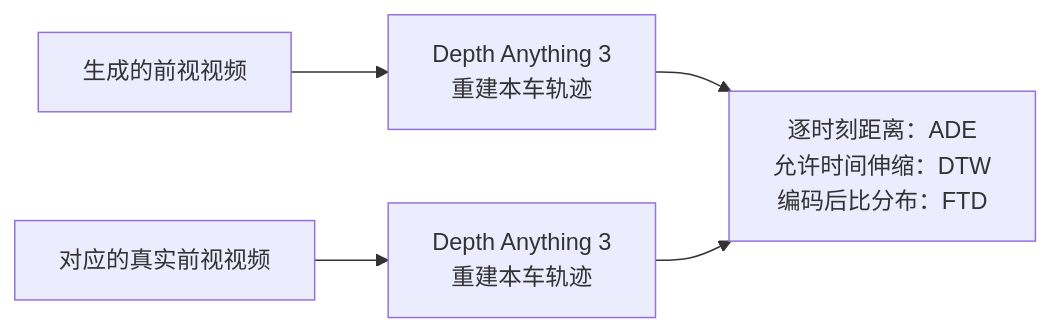
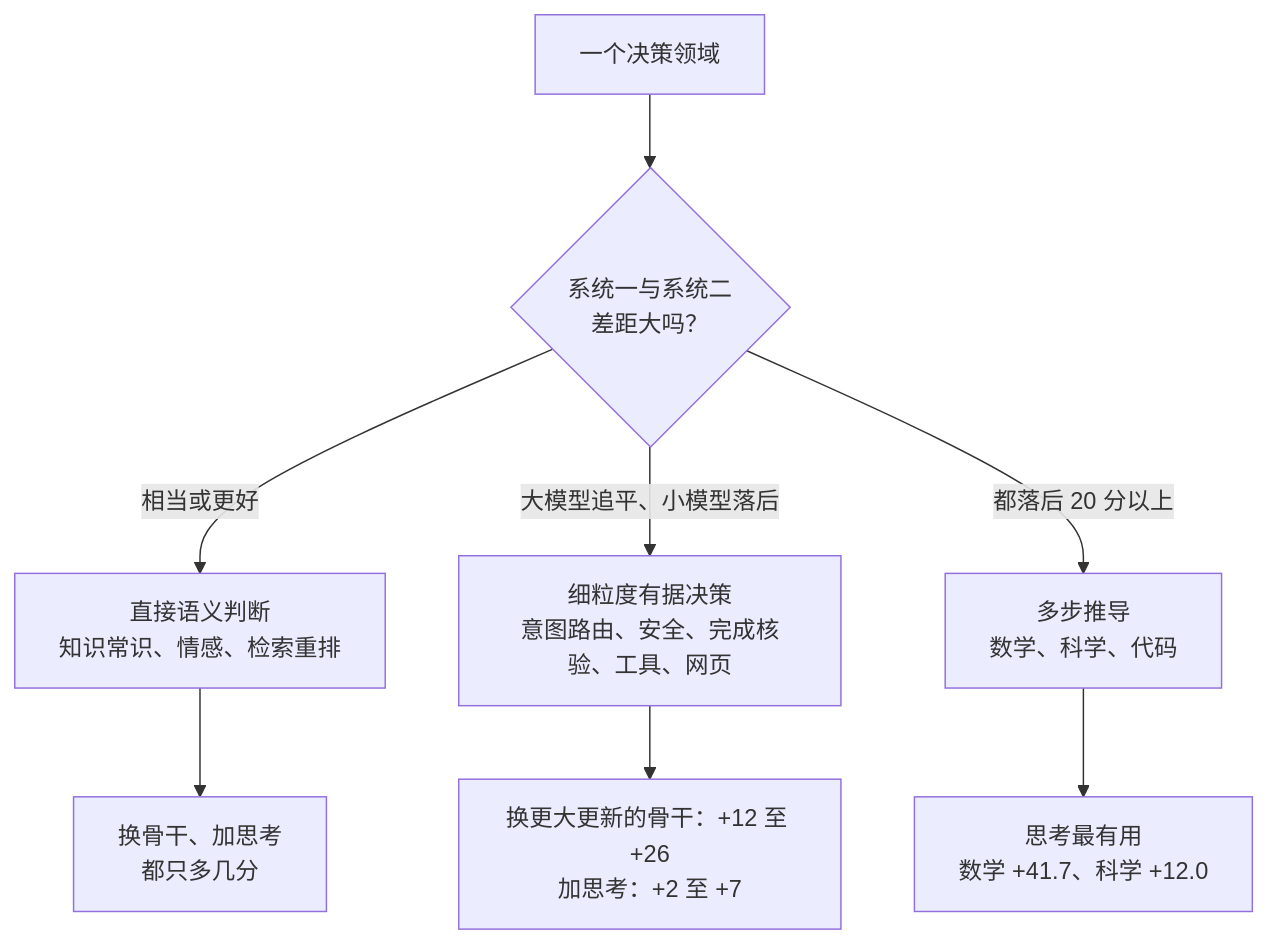
One commit to yingwang/paper-reads changed the fifth of 5 diagrams in docs/index.md. Above: the diagram before and after it, drawn with Mermaid. The commit also changed other lines of this file and 2 other files, not shown here.

````diff
--- a/docs/index.md
+++ b/docs/index.md
@@ -289,7 +333,10 @@
 ```mermaid
-flowchart LR
-    G["生成的前视视频"] --> D1["Depth Anything 3<br/>重建本车轨迹"]
-    R["对应的真实前视视频"] --> D2["Depth Anything 3<br/>重建本车轨迹"]
-    D1 --> M["逐时刻距离：ADE<br/>允许时间伸缩：DTW<br/>编码后比分布：FTD"]
-    D2 --> M
+flowchart TD
+    D["一个决策领域"] --> Q1{"系统一与系统二<br/>差距大吗？"}
+    Q1 -->|"相当或更好"| A["直接语义判断<br/>知识常识、情感、检索重排"]
+    A --> A2["换骨干、加思考<br/>都只多几分"]
+    Q1 -->|"大模型追平、小模型落后"| B["细粒度有据决策<br/>意图路由、安全、完成核验、工具、网页"]
+    B --> B2["换更大更新的骨干：+12 至 +26<br/>加思考：+2 至 +7"]
+    Q1 -->|"都落后 20 分以上"| C["多步推导<br/>数学、科学、代码"]
+    C --> C2["思考最有用<br/>数学 +41.7、科学 +12.0"]
 ```
````
